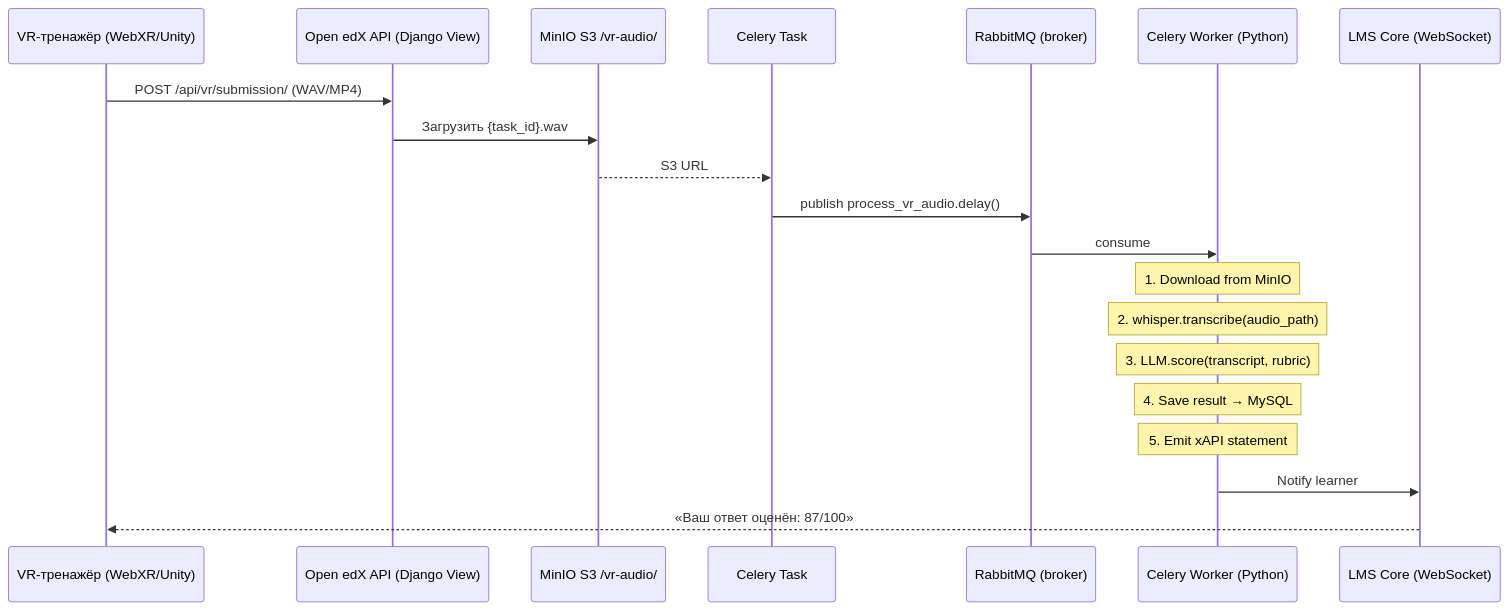
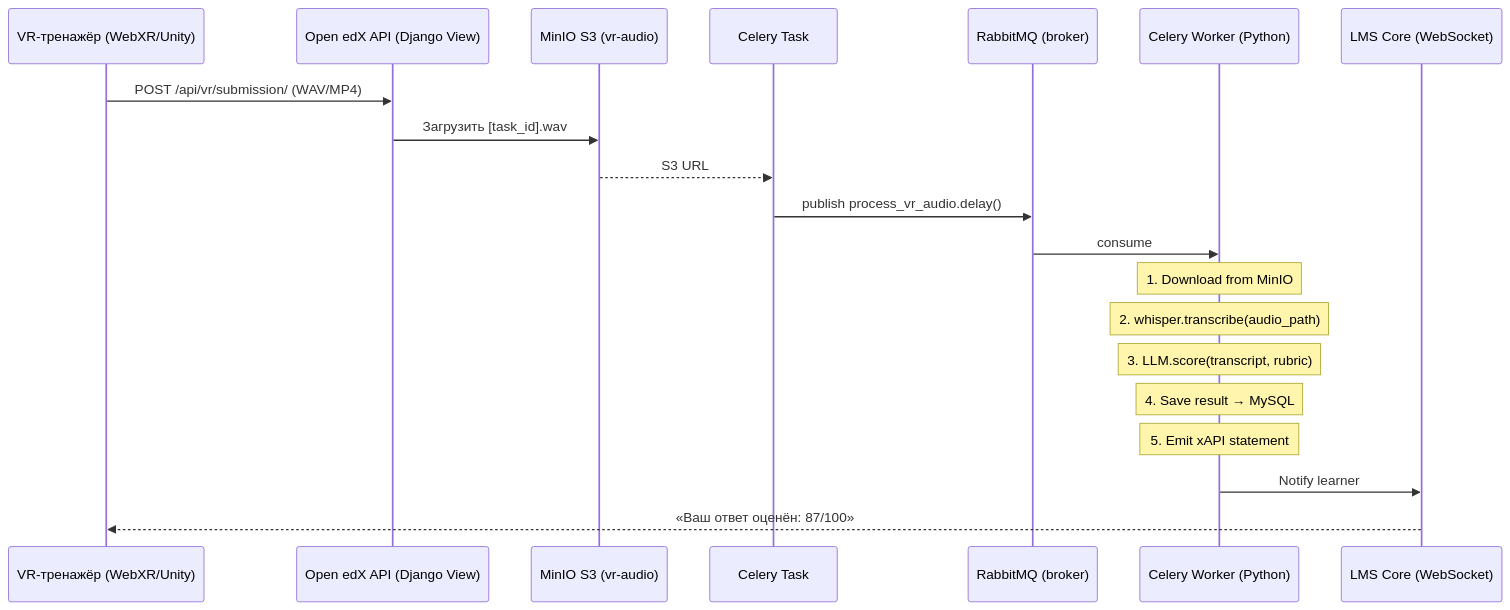
The fourth of 4 diagrams in ТехАналитика.анализ.md (vacuum-xvx/competition), drawn with Mermaid before and after one commit.

Commit message:
Fix Mermaid diagram syntax: replace curly braces and slash patterns in sequenceDiagram
Agent-Logs-Url: https://github.com/vacuum-xvx/competition/sessions/fbff982e-b7bf-40c8-bde5-1776b376fce6

````diff
--- a/ТехАналитика.анализ.md
+++ b/ТехАналитика.анализ.md
@@ -378,23 +378,23 @@
 ```mermaid
 sequenceDiagram
     participant VR as VR-тренажёр (WebXR/Unity)
     participant API as Open edX API (Django View)
-    participant S3 as MinIO S3 /vr-audio/
+    participant S3 as MinIO S3 (vr-audio)
     participant CT as Celery Task
     participant MQ as RabbitMQ (broker)
     participant CW as Celery Worker (Python)
     participant LMS as LMS Core (WebSocket)
 
     VR->>API: POST /api/vr/submission/ (WAV/MP4)
-    API->>S3: Загрузить {task_id}.wav
+    API->>S3: Загрузить [task_id].wav
     S3-->>CT: S3 URL
     CT->>MQ: publish process_vr_audio.delay()
     MQ->>CW: consume
     Note over CW: 1. Download from MinIO
     Note over CW: 2. whisper.transcribe(audio_path)
     Note over CW: 3. LLM.score(transcript, rubric)
     Note over CW: 4. Save result → MySQL
     Note over CW: 5. Emit xAPI statement
     CW->>LMS: Notify learner
     LMS-->>VR: «Ваш ответ оценён: 87/100»
 ```
````
